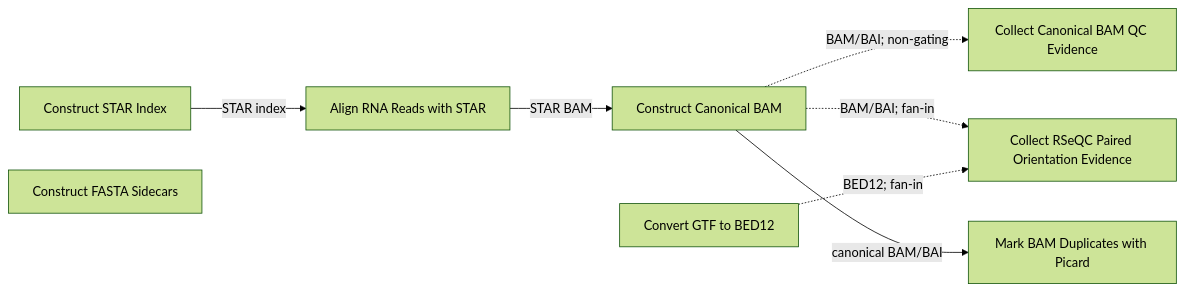
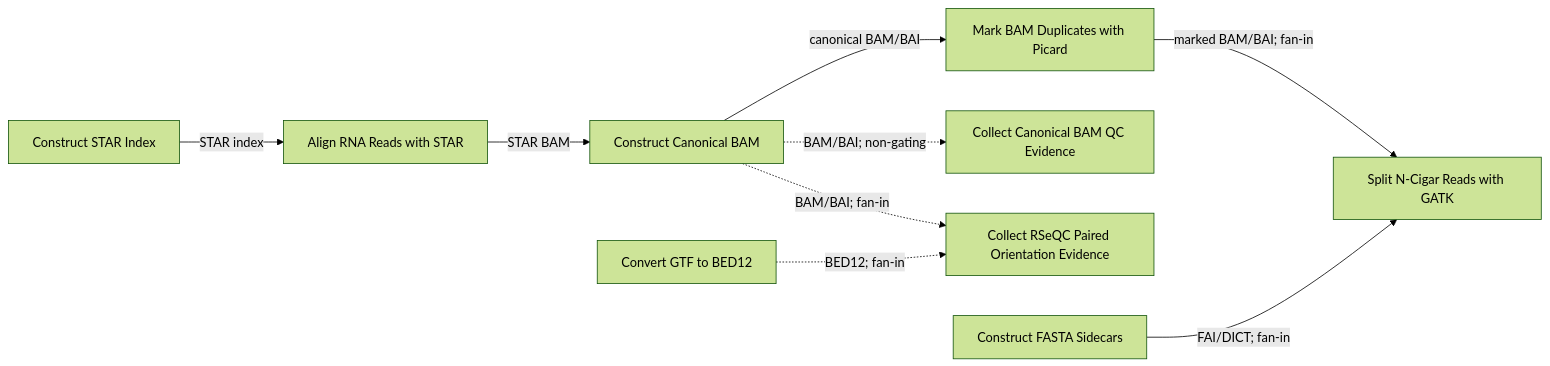
One commit to lab-cats/EMRYS changed the diagram in src/norad/contracts/STAGE_MAP.md. Above: the diagram before and after it, drawn with Mermaid (forest theme). The commit also changed other lines of this file, not shown here.

Commit message:
docs: map split-read fan-in

````diff
--- a/src/norad/contracts/STAGE_MAP.md
+++ b/src/norad/contracts/STAGE_MAP.md
@@ -101,18 +104,21 @@
 ```mermaid
 flowchart LR
     construct_STAR_index["Construct STAR Index"]
     convert_GTF_to_BED12["Convert GTF to BED12"]
     construct_FASTA_sidecars["Construct FASTA Sidecars"]
     align_RNA_reads_with_STAR["Align RNA Reads with STAR"]
     construct_canonical_BAM["Construct Canonical BAM"]
     collect_canonical_BAM_QC_evidence["Collect Canonical BAM QC Evidence"]
     collect_RSeQC_paired_orientation_evidence["Collect RSeQC Paired Orientation Evidence"]
     mark_BAM_duplicates_with_Picard["Mark BAM Duplicates with Picard"]
+    split_N_cigar_reads_with_GATK["Split N-Cigar Reads with GATK"]
 
     construct_STAR_index -->|STAR index| align_RNA_reads_with_STAR
     align_RNA_reads_with_STAR -->|STAR BAM| construct_canonical_BAM
     construct_canonical_BAM -.->|BAM/BAI; non-gating| collect_canonical_BAM_QC_evidence
     construct_canonical_BAM -.->|BAM/BAI; fan-in| collect_RSeQC_paired_orientation_evidence
     convert_GTF_to_BED12 -.->|BED12; fan-in| collect_RSeQC_paired_orientation_evidence
     construct_canonical_BAM -->|canonical BAM/BAI| mark_BAM_duplicates_with_Picard
+    mark_BAM_duplicates_with_Picard -->|marked BAM/BAI; fan-in| split_N_cigar_reads_with_GATK
+    construct_FASTA_sidecars -->|FAI/DICT; fan-in| split_N_cigar_reads_with_GATK
 ```
````
